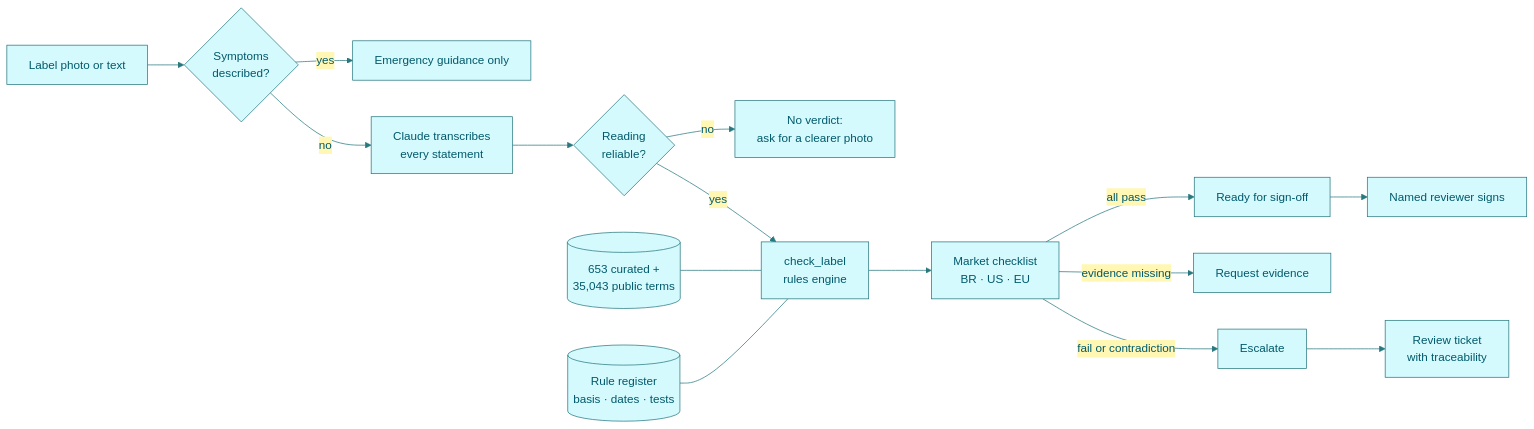
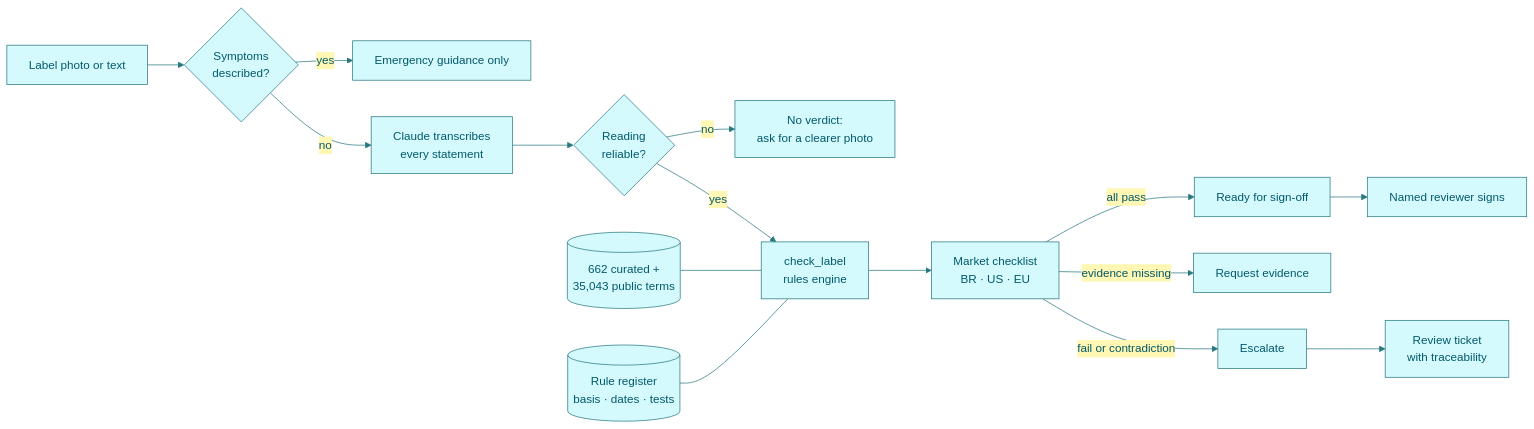
Before and after one commit to t0masleones/ingredient-lens: the diagram in README.md, drawn with Mermaid. The commit also changed other lines of this file and 25 other files, not shown here.

````diff
--- a/README.md
+++ b/README.md
@@ -51,18 +51,18 @@
 ```mermaid
 %%{init: {"theme": "base", "themeVariables": {"primaryColor": "#D5FAFE", "primaryTextColor": "#00596B", "primaryBorderColor": "#27787F", "lineColor": "#27787F", "secondaryColor": "#FFF7B3", "tertiaryColor": "#F1F6F6", "fontFamily": "Segoe UI, Arial, sans-serif"}}}%%
 flowchart LR
   L[Label photo or text] --> S{Symptoms<br>described?}
   S -->|yes| EM[Emergency guidance only]
   S -->|no| T[Claude transcribes<br>every statement]
   T --> G{Reading<br>reliable?}
   G -->|no| MR[No verdict:<br>ask for a clearer photo]
   G -->|yes| R[check_label<br>rules engine]
-  D[(653 curated +<br>35,043 public terms)] --- R
+  D[(662 curated +<br>35,043 public terms)] --- R
   RR[(Rule register<br>basis · dates · tests)] --- R
   R --> C[Market checklist<br>BR · US · EU]
   C -->|all pass| A[Ready for sign-off]
   C -->|evidence missing| E[Request evidence]
   C -->|fail or contradiction| X[Escalate]
   A --> SO[Named reviewer signs]
   X --> K[Review ticket<br>with traceability]
 ```
````
